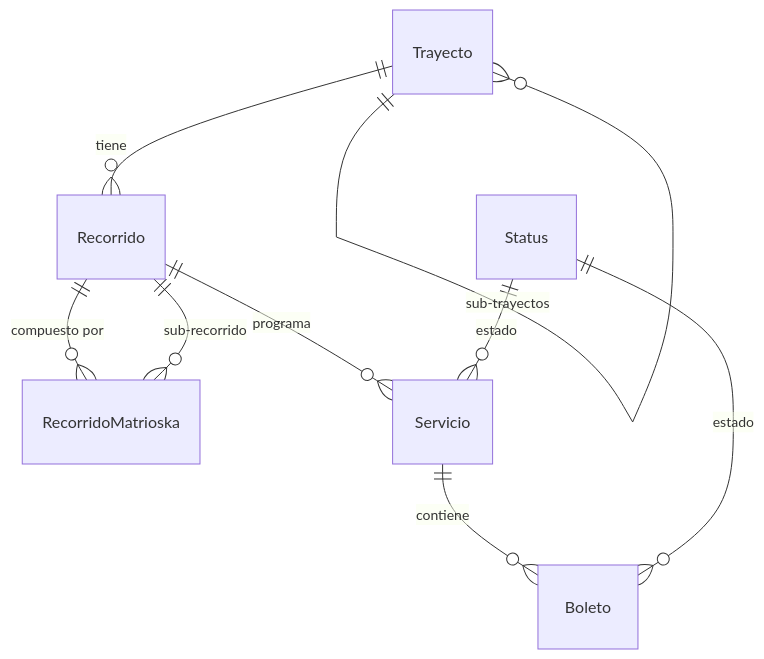
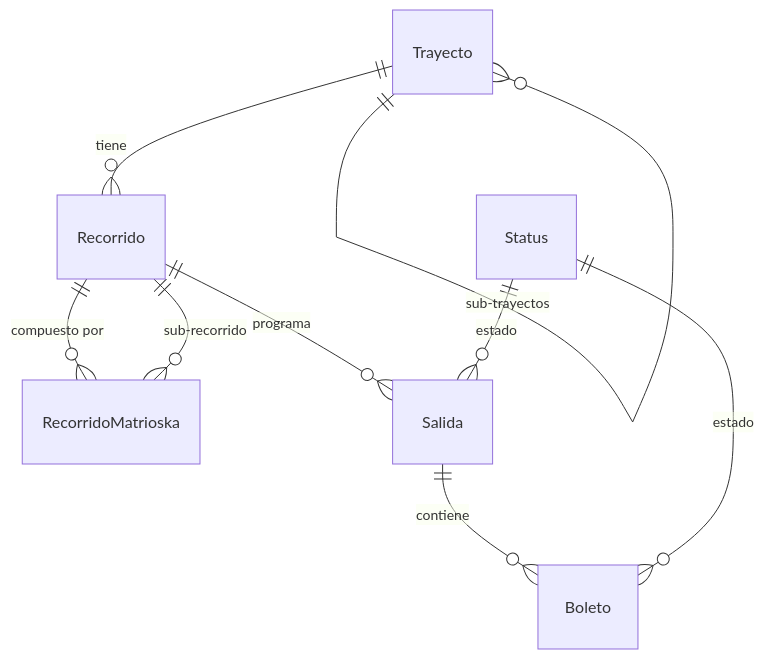
The diagram in docs/backend/subdomains/transporte/index.md (alcidesrh/f_d_n), drawn with Mermaid before and after one commit. The commit also changed other lines of this file and 112 other files, not shown here.

````diff
--- a/docs/backend/subdomains/transporte/index.md
+++ b/docs/backend/subdomains/transporte/index.md
@@ -61,11 +61,11 @@
 ```mermaid
 erDiagram
     Trayecto ||--o{ Trayecto : "sub-trayectos"
     Trayecto ||--o{ Recorrido : "tiene"
     Recorrido ||--o{ RecorridoMatrioska : "compuesto por"
     RecorridoMatrioska }o--|| Recorrido : "sub-recorrido"
-    Recorrido ||--o{ Servicio : "programa"
-    Servicio ||--o{ Boleto : "contiene"
-    Status ||--o{ Servicio : "estado"
+    Recorrido ||--o{ Salida : "programa"
+    Salida ||--o{ Boleto : "contiene"
+    Status ||--o{ Salida : "estado"
     Status ||--o{ Boleto : "estado"
 ```
````
